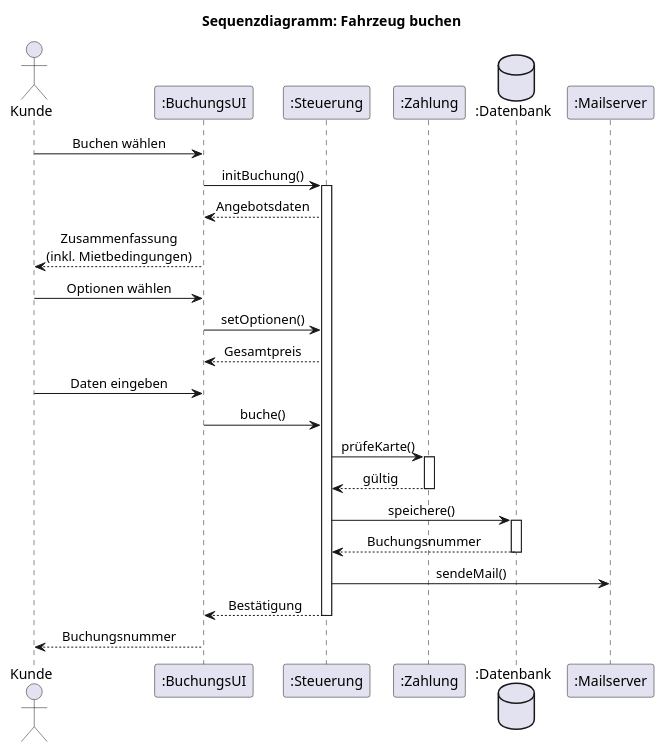
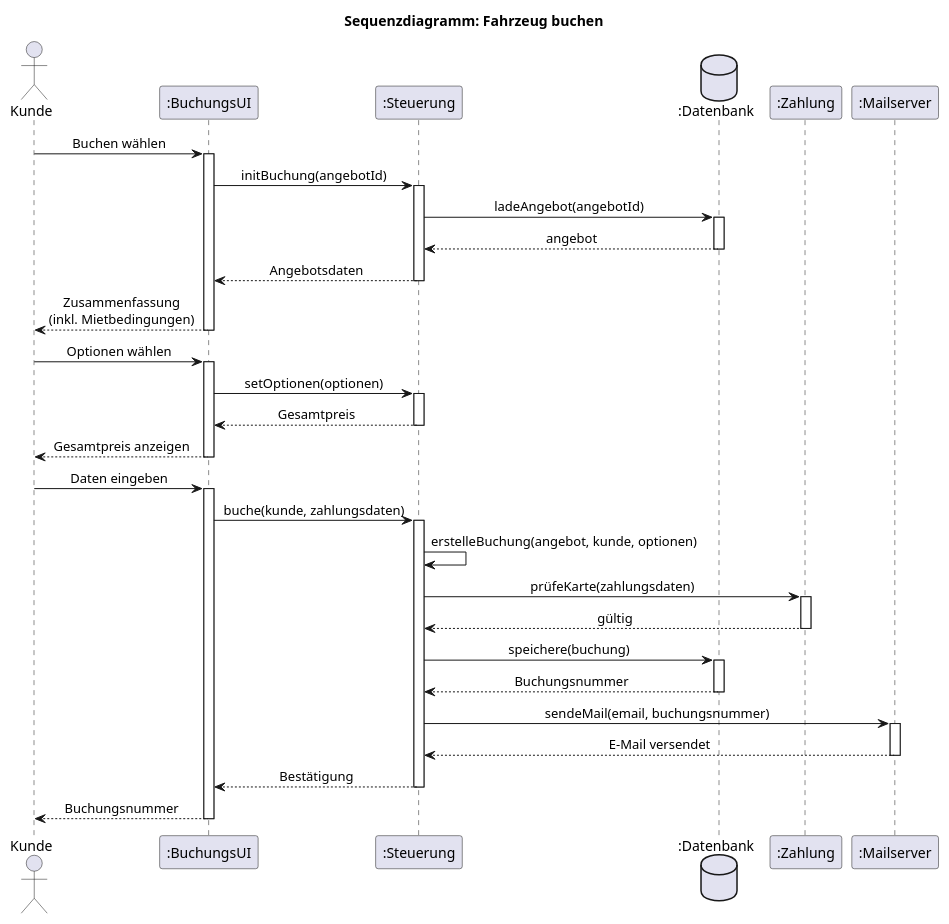
One commit to mallallaaaa/project-autovermietung-SWM1 changed the diagram in sprint2/code/Aufgabe5.puml. Above: the diagram before and after it, drawn with PlantUML. The commit also changed other lines of this file, not shown here.

Commit message:
Refactor sequence diagram for vehicle booking process

```diff
--- a/sprint2/code/Aufgabe5.puml
+++ b/sprint2/code/Aufgabe5.puml
@@ -1,40 +2,99 @@
-@startuml
+@startuml AV_Aufgabe5
+
 title Sequenzdiagramm: Fahrzeug buchen
+
 skinparam sequenceMessageAlign center
 skinparam responseMessageBelowArrow true
+skinparam shadowing false
 
-actor Kunde
+actor "Kunde" as K
 participant ":BuchungsUI" as UI
 participant ":Steuerung" as ST
+database ":Datenbank" as DB
 participant ":Zahlung" as ZA
-database ":Datenbank" as DB
 participant ":Mailserver" as MS
 
-Kunde -> UI : Buchen wählen
-UI -> ST : initBuchung()
+' 1. Angebot auswählen und Buchung initialisieren
+
+K -> UI : Buchen wählen
+activate UI
+
+UI -> ST : initBuchung(angebotId)
 activate ST
+
+ST -> DB : ladeAngebot(angebotId)
+activate DB
+DB --> ST : angebot
+deactivate DB
+
 ST --> UI : Angebotsdaten
-UI --> Kunde : Zusammenfassung\n(inkl. Mietbedingungen)
+deactivate ST
 
-Kunde -> UI : Optionen wählen
-UI -> ST : setOptionen()
+UI --> K : Zusammenfassung\n(inkl. Mietbedingungen)
+deactivate UI
+
+
+' 2. Zusatzoptionen auswählen
+
+K -> UI : Optionen wählen
+activate UI
+
+UI -> ST : setOptionen(optionen)
+activate ST
+
 ST --> UI : Gesamtpreis
+deactivate ST
 
-Kunde -> UI : Daten eingeben
-UI -> ST : buche()
+UI --> K : Gesamtpreis anzeigen
+deactivate UI
 
-ST -> ZA : prüfeKarte()
+
+' 3. Kundendaten und Zahlungsdaten eingeben
+
+K -> UI : Daten eingeben
+activate UI
+
+UI -> ST : buche(kunde, zahlungsdaten)
+activate ST
+
+' Buchung mit den Angebotsdaten erstellen
+
+ST -> ST : erstelleBuchung(angebot, kunde, optionen)
+
+
+' 4. Kreditkarte überprüfen
+
+ST -> ZA : prüfeKarte(zahlungsdaten)
 activate ZA
+
 ZA --> ST : gültig
 deactivate ZA
 
-ST -> DB : speichere()
+
+' 5. Buchung speichern
+
+ST -> DB : speichere(buchung)
 activate DB
+
 DB --> ST : Buchungsnummer
 deactivate DB
 
-ST -> MS : sendeMail()
+
+' 6. Bestätigung per E-Mail versenden
+
+ST -> MS : sendeMail(email, buchungsnummer)
+activate MS
+
+MS --> ST : E-Mail versendet
+deactivate MS
+
+
+' 7. Buchung bestätigen
+
 ST --> UI : Bestätigung
 deactivate ST
-UI --> Kunde : Buchungsnummer
+
+UI --> K : Buchungsnummer
+deactivate UI
+
 @enduml
```
